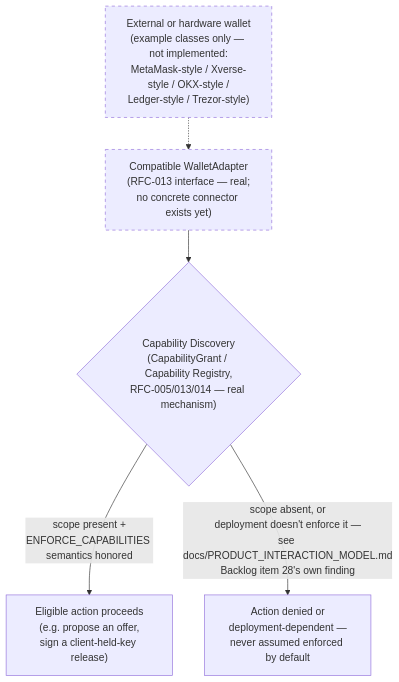
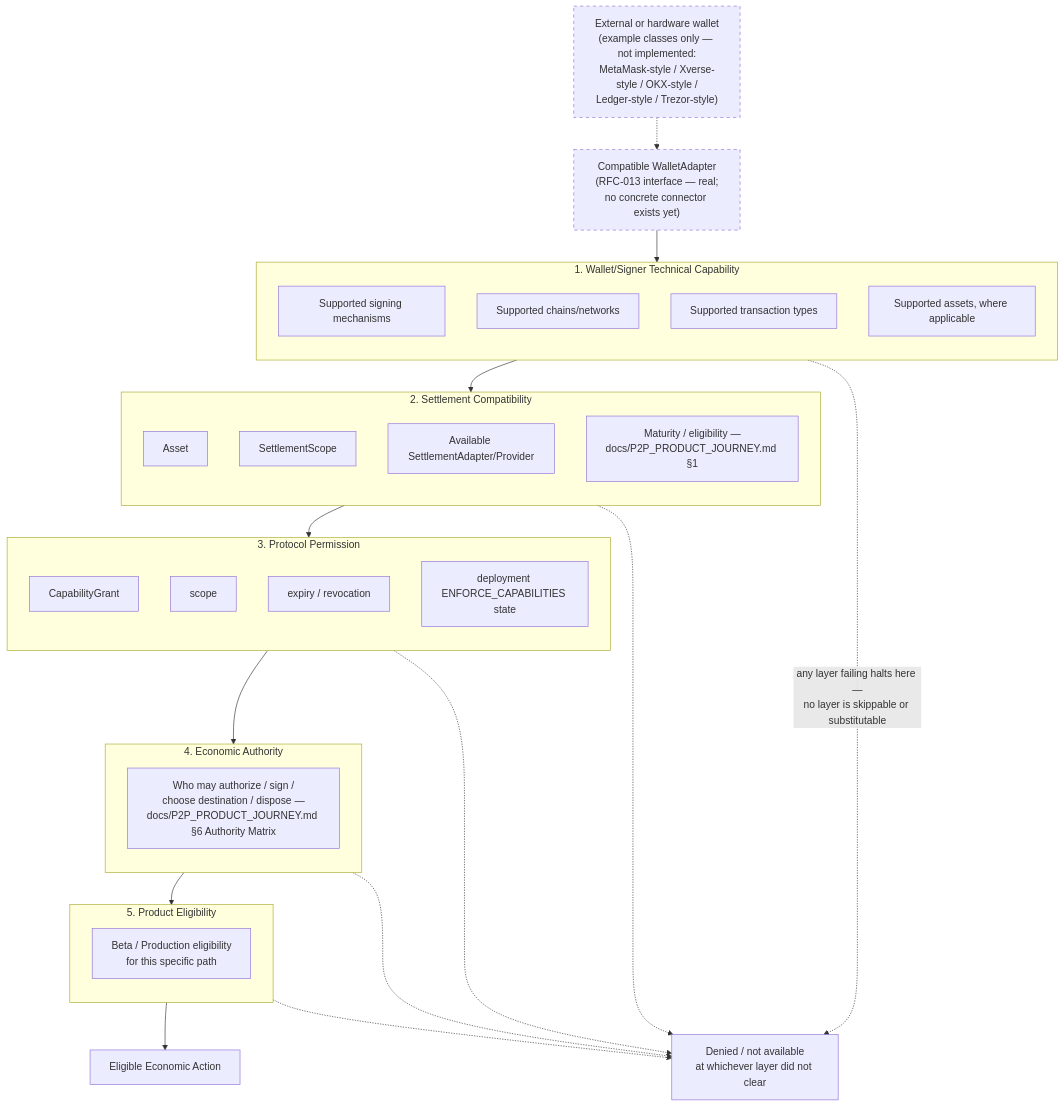
Before and after one commit to alan-schramm/Sails-Protocol: the fourth of 4 diagrams in docs/SAILS_MARKET_DISTRIBUTION_FLYWHEEL.md, drawn with Mermaid. The commit also changed other lines of this file, not shown here.

````diff
--- a/docs/SAILS_MARKET_DISTRIBUTION_FLYWHEEL.md
+++ b/docs/SAILS_MARKET_DISTRIBUTION_FLYWHEEL.md
@@ -151,12 +189,59 @@
 ```mermaid
 flowchart TD
-    W["External or hardware wallet\n(example classes only — not implemented:\nMetaMask-style / Xverse-style / OKX-style /\nLedger-style / Trezor-style)"] -.-> Adapter["Compatible WalletAdapter\n(RFC-013 interface — real;\nno concrete connector exists yet)"]
+    W["External or hardware wallet<br/>(example classes only — not implemented:<br/>MetaMask-style / Xverse-style / OKX-style /<br/>Ledger-style / Trezor-style)"] -.-> Adapter["Compatible WalletAdapter<br/>(RFC-013 interface — real;<br/>no concrete connector exists yet)"]
 
-    Adapter --> CD{"Capability Discovery\n(CapabilityGrant / Capability Registry,\nRFC-005/013/014 — real mechanism)"}
+    Adapter --> L1
 
-    CD -->|"scope present +\nENFORCE_CAPABILITIES semantics honored"| Eligible["Eligible action proceeds\n(e.g. propose an offer,\nsign a client-held-key release)"]
-    CD -->|"scope absent, or\ndeployment doesn't enforce it —\nsee docs/PRODUCT_INTERACTION_MODEL.md\nBacklog item 28's own finding"| Denied["Action denied or\ndeployment-dependent —\nnever assumed enforced by default"]
+    subgraph L1["1. Wallet/Signer Technical Capability"]
+        direction TB
+        L1a["Supported signing mechanisms"]
+        L1b["Supported chains/networks"]
+        L1c["Supported transaction types"]
+        L1d["Supported assets, where applicable"]
+    end
+
+    L1 --> L2
+
+    subgraph L2["2. Settlement Compatibility"]
+        direction TB
+        L2a["Asset"]
+        L2b["SettlementScope"]
+        L2c["Available SettlementAdapter/Provider"]
+        L2d["Maturity / eligibility —<br/>docs/P2P_PRODUCT_JOURNEY.md §1"]
+    end
+
+    L2 --> L3
+
+    subgraph L3["3. Protocol Permission"]
+        direction TB
+        L3a["CapabilityGrant"]
+        L3b["scope"]
+        L3c["expiry / revocation"]
+        L3d["deployment ENFORCE_CAPABILITIES state"]
+    end
+
+    L3 --> L4
+
+    subgraph L4["4. Economic Authority"]
+        direction TB
+        L4a["Who may authorize / sign /<br/>choose destination / dispose —<br/>docs/P2P_PRODUCT_JOURNEY.md §6 Authority Matrix"]
+    end
+
+    L4 --> L5
+
+    subgraph L5["5. Product Eligibility"]
+        direction TB
+        L5a["Beta / Production eligibility<br/>for this specific path"]
+    end
+
+    L5 --> Eligible["Eligible Economic Action"]
+
+    L1 -.->|"any layer failing halts here —<br/>no layer is skippable or substitutable"| Denied["Denied / not available<br/>at whichever layer did not clear"]
+    L2 -.-> Denied
+    L3 -.-> Denied
+    L4 -.-> Denied
+    L5 -.-> Denied
 
     style W stroke-dasharray: 5 5
     style Adapter stroke-dasharray: 5 5
 ```
````
